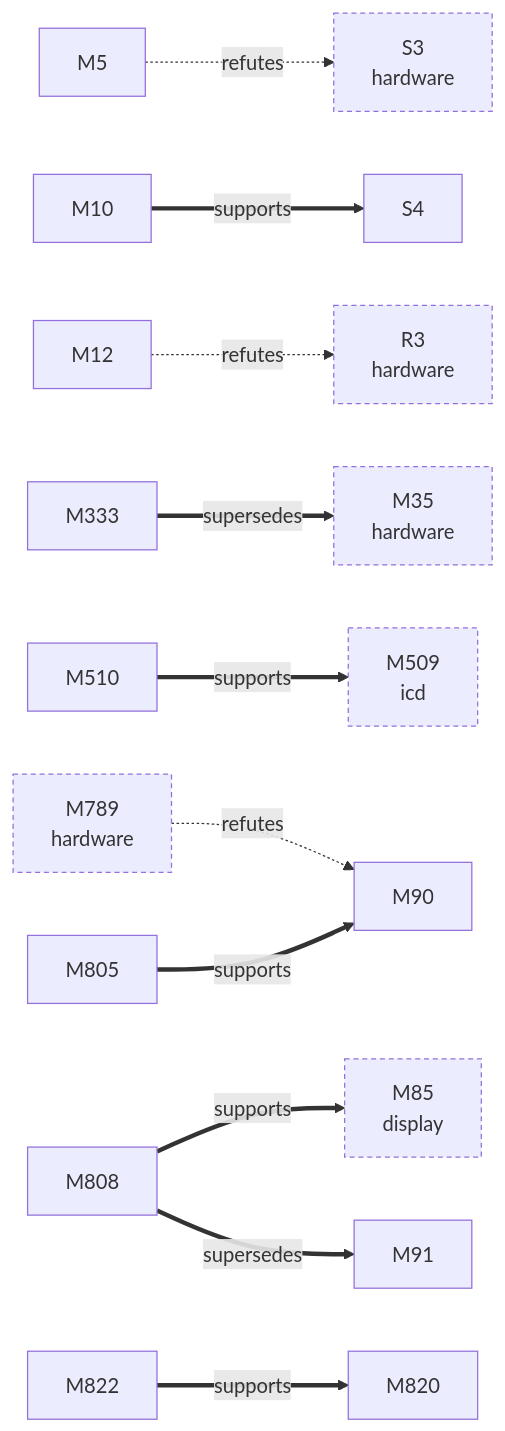
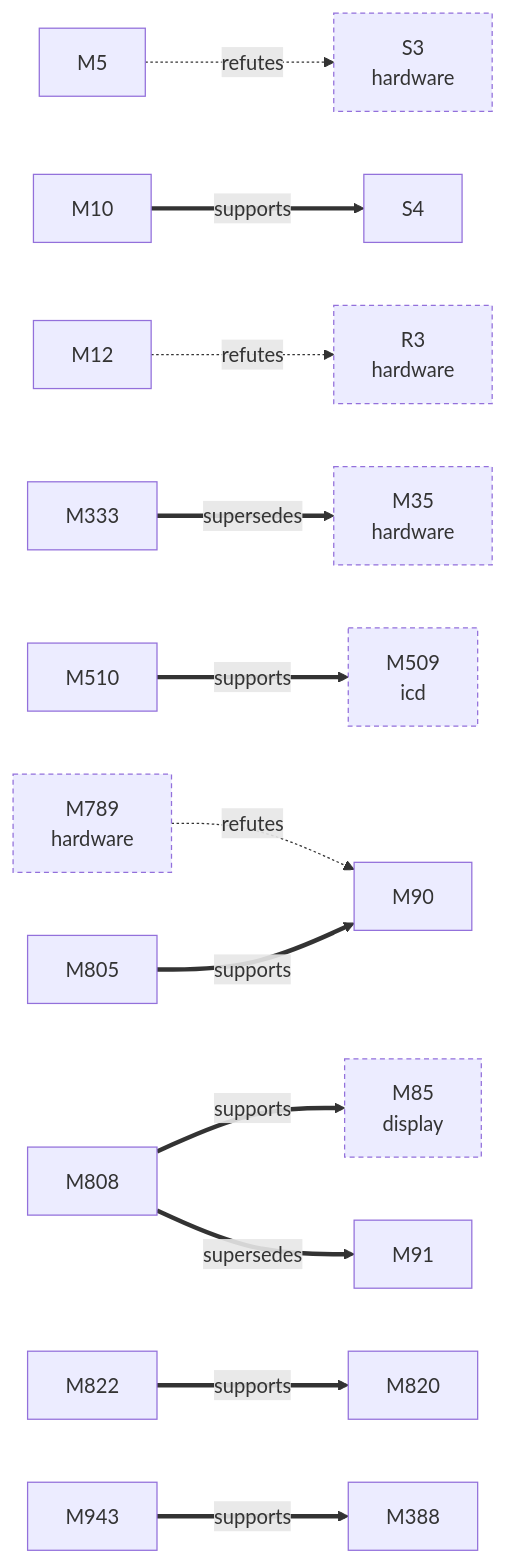
Before and after one commit to D-Ogi/amdgpu-wddm: the first of 3 diagrams in docs/facts/graphs/linux.md, drawn with Mermaid. The commit also changed other lines of this file and 11 other files, not shown here.

````diff
--- a/docs/facts/graphs/linux.md
+++ b/docs/facts/graphs/linux.md
@@ -9,33 +9,36 @@
 ```mermaid
 flowchart LR
   M5["M5"]
   M10["M10"]
   M12["M12"]
   M35["M35<br/>hardware"]
   M85["M85<br/>display"]
   M90["M90"]
   M91["M91"]
   M333["M333"]
+  M388["M388"]
   M509["M509<br/>icd"]
   M510["M510"]
   M789["M789<br/>hardware"]
   M805["M805"]
   M808["M808"]
   M820["M820"]
   M822["M822"]
+  M943["M943"]
   S3["S3<br/>hardware"]
   S4["S4"]
   R3["R3<br/>hardware"]
   M789 -.->|refutes| M90
   M5 -.->|refutes| S3
   M10 ==>|supports| S4
   M12 -.->|refutes| R3
   M333 ==>|supersedes| M35
   M510 ==>|supports| M509
   M805 ==>|supports| M90
   M808 ==>|supports| M85
   M808 ==>|supersedes| M91
   M822 ==>|supports| M820
+  M943 ==>|supports| M388
   classDef other stroke-dasharray:4 3
   class M35,M85,M509,M789,S3,R3 other
 ```
````
